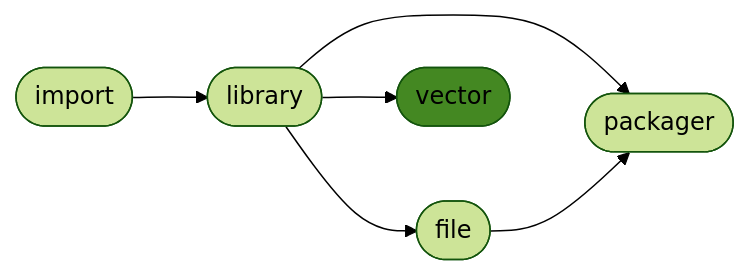
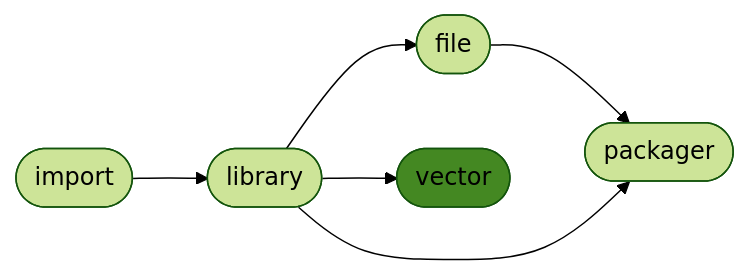
The diagram in README.md (ManderaGeneral/generalvector), drawn with Mermaid (forest theme) before and after one commit. The commit also changed other lines of this file, not shown here.

````diff
--- a/README.md
+++ b/README.md
@@ -16,14 +16,14 @@
 ```mermaid
 flowchart LR
+2([file]) --> 4([packager])
+0([import]) --> 1([library])
+1([library]) --> 2([file])
 1([library]) --> 4([packager])
-0([import]) --> 1([library])
-2([file]) --> 4([packager])
-1([library]) --> 2([file])
 1([library]) --> 3([vector])
 click 0 "https://github.com/ManderaGeneral/generalimport"
 click 1 "https://github.com/ManderaGeneral/generallibrary"
 click 2 "https://github.com/ManderaGeneral/generalfile"
 click 3 "https://github.com/ManderaGeneral/generalvector"
 click 4 "https://github.com/ManderaGeneral/generalpackager"
 style 3 fill:#482
 ```
````
